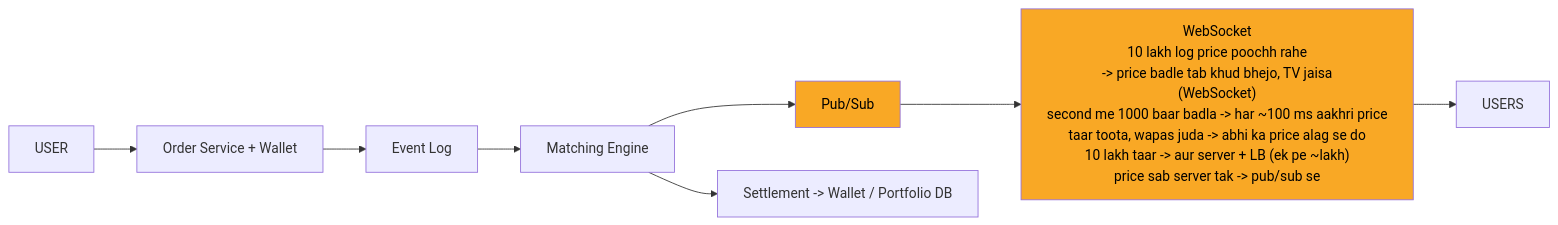
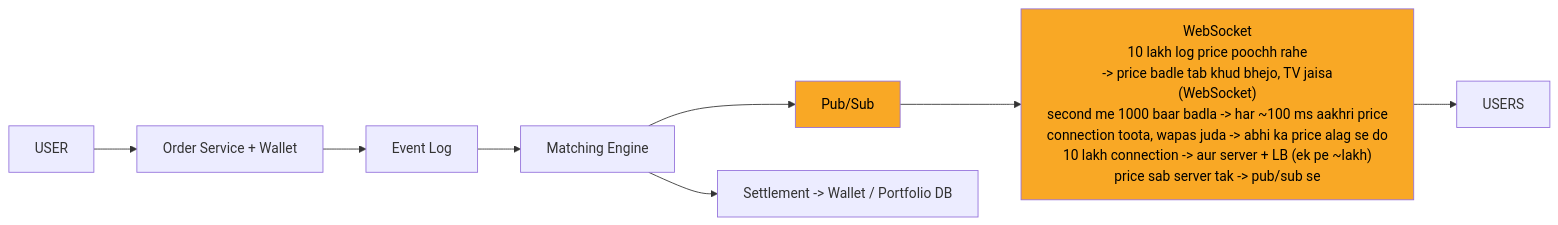
The ninth of 10 diagrams in 04_HLD/SYSTEM_DESIGNS/05_stock_broker_trading/05_stock_broker_trading.md (ArpanMaheshwari144/Prep), drawn with Mermaid before and after one commit. The commit also changed other lines of this file and 12 other files, not shown here.

````diff
--- a/04_HLD/SYSTEM_DESIGNS/05_stock_broker_trading/05_stock_broker_trading.md
+++ b/04_HLD/SYSTEM_DESIGNS/05_stock_broker_trading/05_stock_broker_trading.md
@@ -359,21 +359,21 @@
 ```mermaid
 %%{init: {"flowchart": {"wrappingWidth": 450}}}%%
 flowchart LR
     n_USER["USER"]
     n_OW["Order Service + Wallet"]
     n_Event_Log["Event Log"]
     n_Matching_Engine["Matching Engine"]
     n_Pub_Sub["Pub/Sub"]
-    n_WebSocket["WebSocket<br/>10 lakh log price poochh rahe<br/>-> price badle tab khud bhejo, TV jaisa<br/>(WebSocket)<br/>second me 1000 baar badla -> har ~100 ms aakhri price<br/>taar toota, wapas juda -> abhi ka price alag se do<br/>10 lakh taar -> aur server + LB (ek pe ~lakh)<br/>price sab server tak -> pub/sub se"]
+    n_WebSocket["WebSocket<br/>10 lakh log price poochh rahe<br/>-> price badle tab khud bhejo, TV jaisa<br/>(WebSocket)<br/>second me 1000 baar badla -> har ~100 ms aakhri price<br/>connection toota, wapas juda -> abhi ka price alag se do<br/>10 lakh connection -> aur server + LB (ek pe ~lakh)<br/>price sab server tak -> pub/sub se"]
     n_USERS["USERS"]
     n_SET["Settlement -> Wallet / Portfolio DB"]
     n_USER --> n_OW
     n_OW --> n_Event_Log
     n_Event_Log --> n_Matching_Engine
     n_Matching_Engine --> n_SET
     n_Matching_Engine --> n_Pub_Sub
     n_Pub_Sub --> n_WebSocket
     n_WebSocket --> n_USERS
     style n_Pub_Sub fill:#f9a825,color:#000
     style n_WebSocket fill:#f9a825,color:#000
 ```
````
